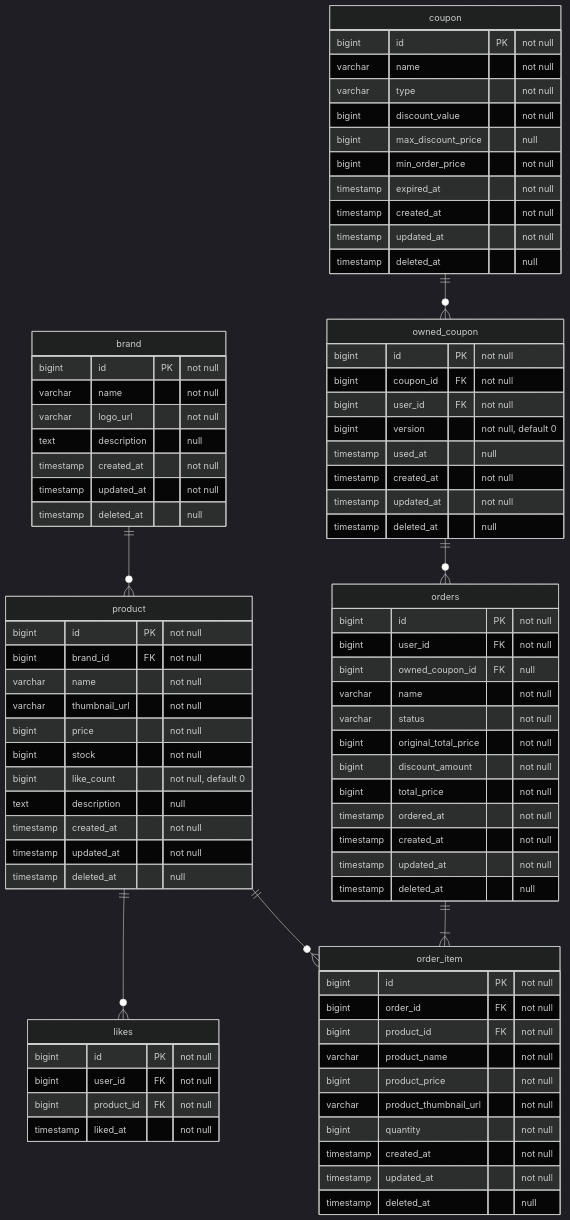
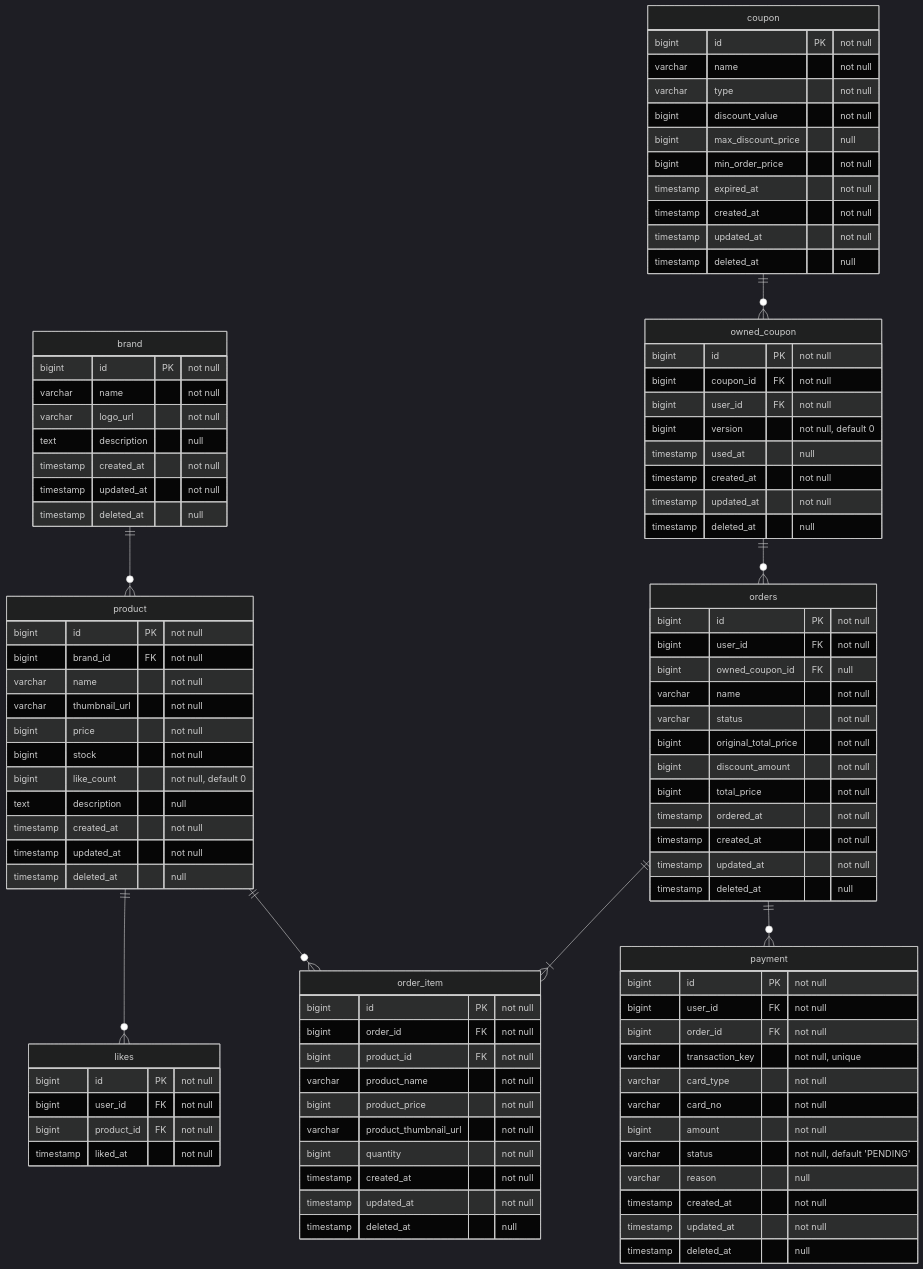
Before and after one commit to Loopers-dev-lab/loop-pack-be-l2-vol3-java: the diagram in .docs/design/04-erd.md, drawn with Mermaid (dark theme). The commit also changed other lines of this file and 6 other files, not shown here.

````diff
--- a/.docs/design/04-erd.md
+++ b/.docs/design/04-erd.md
@@ -102,10 +102,26 @@
         timestamp deleted_at "null"
     }
     
+    payment {
+        bigint id PK "not null"
+        bigint user_id FK "not null"
+        bigint order_id FK "not null"
+        varchar transaction_key "not null, unique"
+        varchar card_type "not null"
+        varchar card_no "not null"
+        bigint amount "not null"
+        varchar status "not null, default 'PENDING'"
+        varchar reason "null"
+        timestamp created_at "not null"
+        timestamp updated_at "not null"
+        timestamp deleted_at "null"
+    }
+
     brand ||--o{ product: ""
     product ||--o{ likes: ""
     product ||--o{ order_item: ""
     orders ||--|{ order_item: ""
+    orders ||--o{ payment: ""
     owned_coupon ||--o{ orders: ""
     coupon ||--o{ owned_coupon: ""
 ```
````
